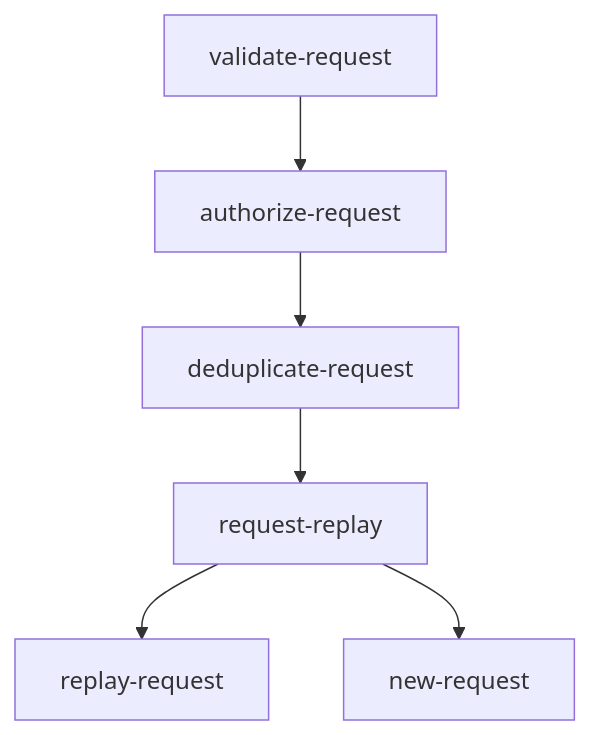
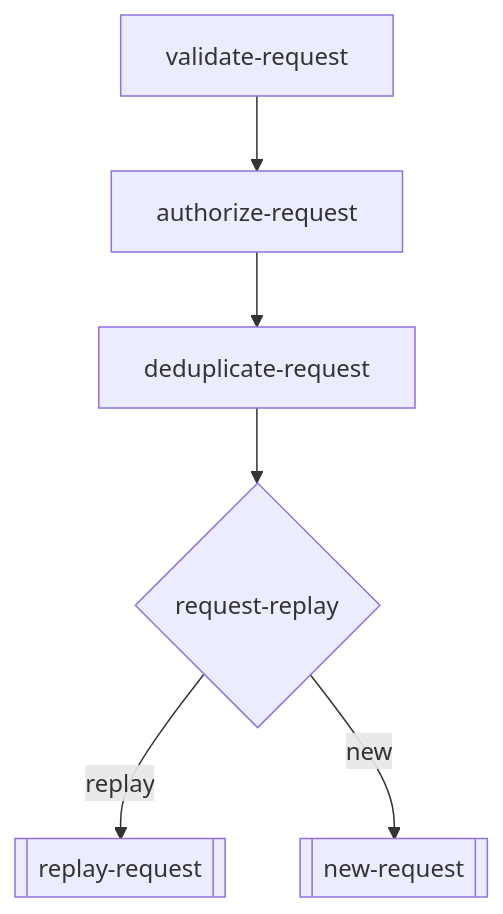
One commit to footprintjs/smallbusiness-footprint changed the second of 2 diagrams in docs/flows/aftersales/README.md. Above: the diagram before and after it, drawn with Mermaid. The commit also changed other lines of this file and 55 other files, not shown here.

Commit message:
Render native decisions and branch semantics in generated charts

````diff
--- a/docs/flows/aftersales/README.md
+++ b/docs/flows/aftersales/README.md
@@ -39,14 +39,14 @@
 ```mermaid
 flowchart TD
 validate_request["validate-request"]
 validate_request --> authorize_request
 authorize_request["authorize-request"]
 authorize_request --> deduplicate_request
 deduplicate_request["deduplicate-request"]
 deduplicate_request --> request_replay
-request_replay["request-replay"]
-request_replay --> replay
-replay["replay-request"]
-request_replay --> new
-new["new-request"]
+request_replay{"request-replay"}
+request_replay -->|"replay"| replay
+replay[["replay-request"]]
+request_replay -->|"new"| new
+new[["new-request"]]
 ```
````
